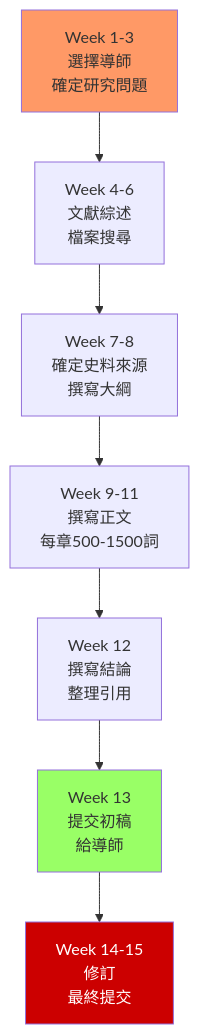
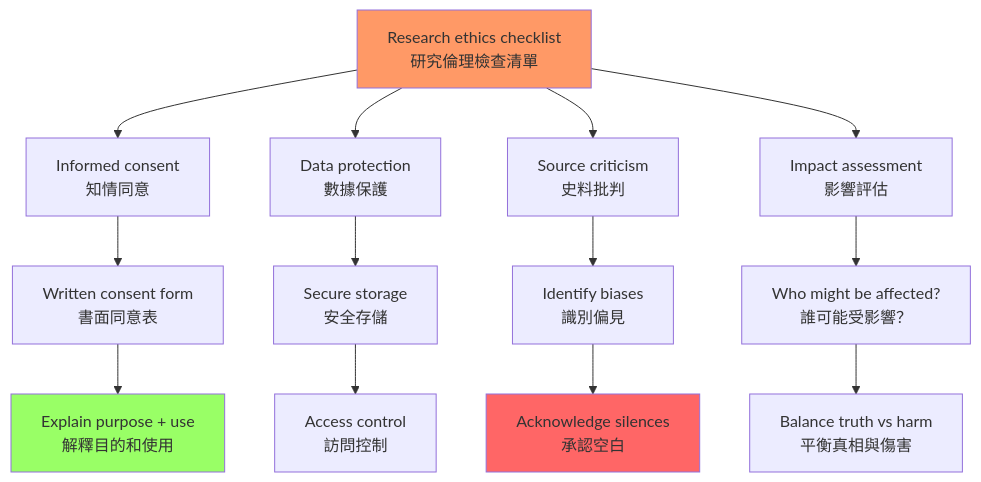
One commit to yip-lgtm/HKU-Harvard-History-Self-Study changed the fourth of 4 diagrams in 01_HKU_Courses/HIST4023_History_Research_Project.md. Above: the diagram before and after it, drawn with Mermaid. The commit also changed other lines of this file and 22 other files, not shown here.

````diff
--- a/01_HKU_Courses/HIST4023_History_Research_Project.md
+++ b/01_HKU_Courses/HIST4023_History_Research_Project.md
@@ -72,13 +294,23 @@
 ```mermaid
 flowchart TD
-    A[Week 1-3<br/>選擇導師<br/>確定研究問題] --> B[Week 4-6<br/>文獻綜述<br/>檔案搜尋]
-    B --> C[Week 7-8<br/>確定史料來源<br/>撰寫大綱]
-    C --> D[Week 9-11<br/>撰寫正文<br/>每章500-1500詞]
-    D --> E[Week 12<br/>撰寫結論<br/>整理引用]
-    E --> F[Week 13<br/>提交初稿<br/>給導師]
-    F --> G[Week 14-15<br/>修訂<br/>最終提交]
+    A[Research ethics checklist<br/>研究倫理檢查清單] --> B[Informed consent<br/>知情同意]
+    A --> C[Data protection<br/>數據保護]
+    A --> D[Source criticism<br/>史料批判]
+    A --> E[Impact assessment<br/>影響評估]
+    
+    B --> B1[Written consent form<br/>書面同意表]
+    B1 --> B2[Explain purpose + use<br/>解釋目的和使用]
+    
+    C --> C1[Secure storage<br/>安全存儲]
+    C1 --> C2[Access control<br/>訪問控制]
+    
+    D --> D1[Identify biases<br/>識別偏見]
+    D1 --> D2[Acknowledge silences<br/>承認空白]
+    
+    E --> E1[Who might be affected?<br/>誰可能受影響？]
+    E1 --> E2[Balance truth vs harm<br/>平衡真相與傷害]
     
     style A fill:#f96
-    style F fill:#9f6
-    style G fill:#c00,color:#fff
+    style B2 fill:#9f6
+    style D2 fill:#f66
 ```
````
